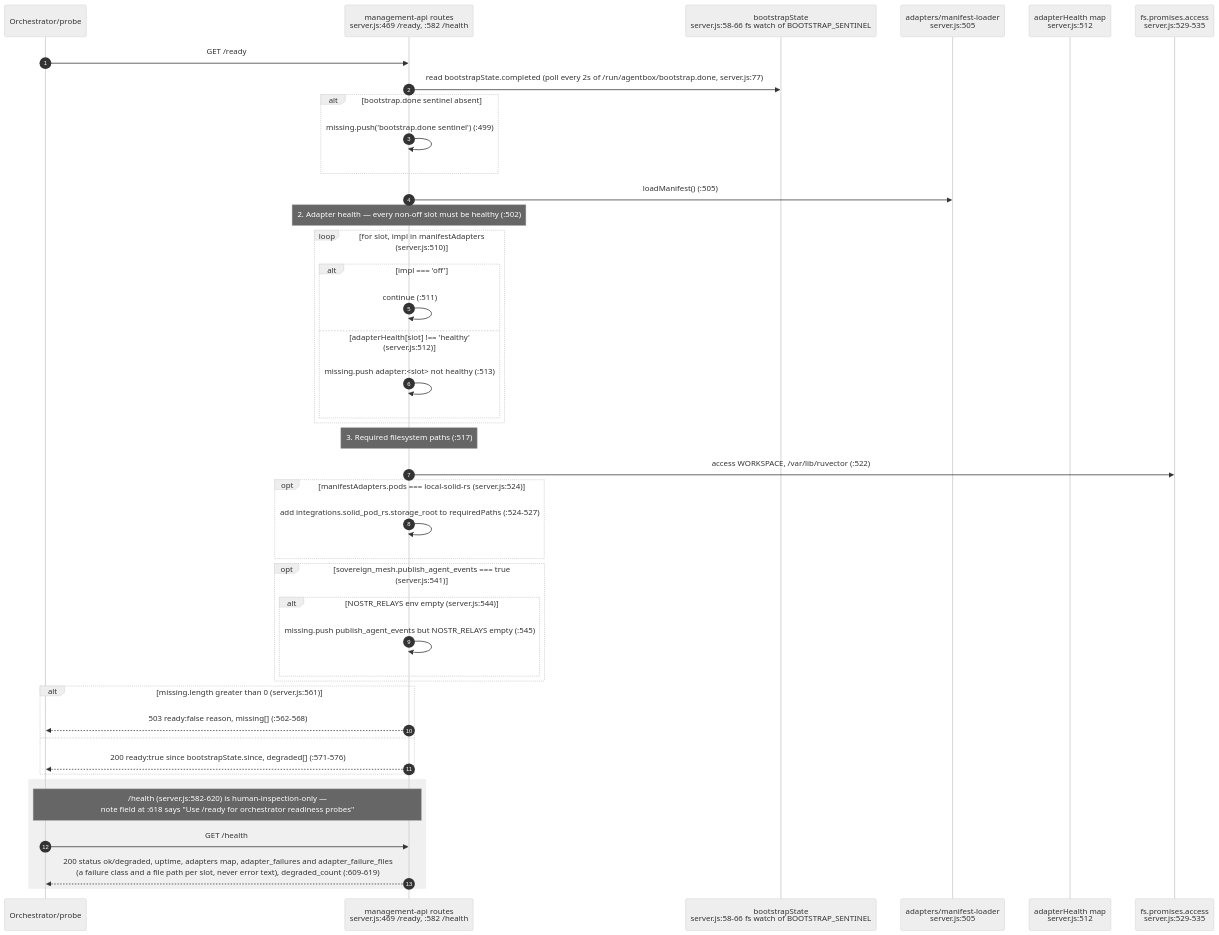
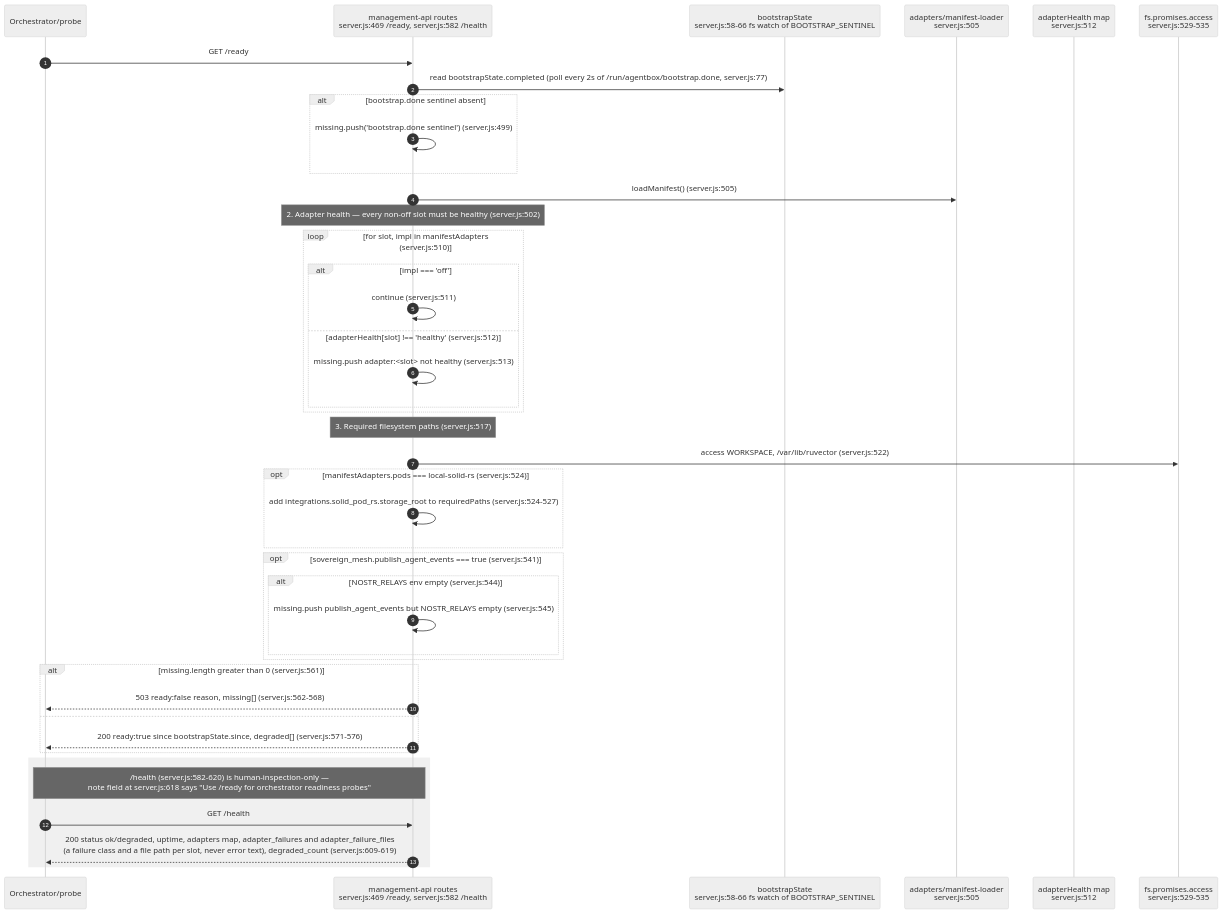
Before and after one commit to DreamLab-AI/VisionFlow: the eighth of 21 diagrams in docs/diagrams/agentbox/02-boot-sequence-and-readiness.md, drawn with Mermaid (neutral theme). The commit also changed other lines of this file and 6 other files, not shown here.

First line of the commit message:
docs: align native session and ingress diagrams (#39)

````diff
--- a/docs/diagrams/agentbox/02-boot-sequence-and-readiness.md
+++ b/docs/diagrams/agentbox/02-boot-sequence-and-readiness.md
@@ -392,46 +395,46 @@
 ```mermaid
 sequenceDiagram
     autonumber
     participant O as Orchestrator/probe
-    participant R as management-api routes<br/>server.js:469 /ready, :582 /health
+    participant R as management-api routes<br/>server.js:469 /ready, server.js:582 /health
     participant BS as bootstrapState<br/>server.js:58-66 fs watch of BOOTSTRAP_SENTINEL
     participant ML as adapters/manifest-loader<br/>server.js:505
     participant AH as adapterHealth map<br/>server.js:512
     participant FS as fs.promises.access<br/>server.js:529-535
 
     O->>R: GET /ready
     R->>BS: read bootstrapState.completed (poll every 2s of /run/agentbox/bootstrap.done, server.js:77)
     alt bootstrap.done sentinel absent
-        R->>R: missing.push('bootstrap.done sentinel') (:499)
+        R->>R: missing.push('bootstrap.done sentinel') (server.js:499)
     end
-    R->>ML: loadManifest() (:505)
-    Note over R: 2. Adapter health — every non-off slot must be healthy (:502)
+    R->>ML: loadManifest() (server.js:505)
+    Note over R: 2. Adapter health — every non-off slot must be healthy (server.js:502)
     loop for slot, impl in manifestAdapters (server.js:510)
         alt impl === 'off'
-            R->>R: continue (:511)
+            R->>R: continue (server.js:511)
         else adapterHealth[slot] !== 'healthy' (server.js:512)
-            R->>R: missing.push adapter:<slot> not healthy (:513)
+            R->>R: missing.push adapter:<slot> not healthy (server.js:513)
         end
     end
-    Note over R: 3. Required filesystem paths (:517)
-    R->>FS: access WORKSPACE, /var/lib/ruvector (:522)
+    Note over R: 3. Required filesystem paths (server.js:517)
+    R->>FS: access WORKSPACE, /var/lib/ruvector (server.js:522)
     opt manifestAdapters.pods === local-solid-rs (server.js:524)
-        R->>R: add integrations.solid_pod_rs.storage_root to requiredPaths (:524-527)
+        R->>R: add integrations.solid_pod_rs.storage_root to requiredPaths (server.js:524-527)
     end
     opt sovereign_mesh.publish_agent_events === true (server.js:541)
         alt NOSTR_RELAYS env empty (server.js:544)
-            R->>R: missing.push publish_agent_events but NOSTR_RELAYS empty (:545)
+            R->>R: missing.push publish_agent_events but NOSTR_RELAYS empty (server.js:545)
         end
     end
     alt missing.length greater than 0 (server.js:561)
-        R-->>O: 503 ready:false reason, missing[] (:562-568)
+        R-->>O: 503 ready:false reason, missing[] (server.js:562-568)
     else
-        R-->>O: 200 ready:true since bootstrapState.since, degraded[] (:571-576)
+        R-->>O: 200 ready:true since bootstrapState.since, degraded[] (server.js:571-576)
     end
 
     rect rgb(240,240,240)
-    Note over O,R: /health (server.js:582-620) is human-inspection-only —<br/>note field at :618 says "Use /ready for orchestrator readiness probes"
+    Note over O,R: /health (server.js:582-620) is human-inspection-only —<br/>note field at server.js:618 says "Use /ready for orchestrator readiness probes"
     O->>R: GET /health
-    R-->>O: 200 status ok/degraded, uptime, adapters map, adapter_failures and adapter_failure_files<br/>(a failure class and a file path per slot, never error text), degraded_count (:609-619)
+    R-->>O: 200 status ok/degraded, uptime, adapters map, adapter_failures and adapter_failure_files<br/>(a failure class and a file path per slot, never error text), degraded_count (server.js:609-619)
     end
 ```
````
